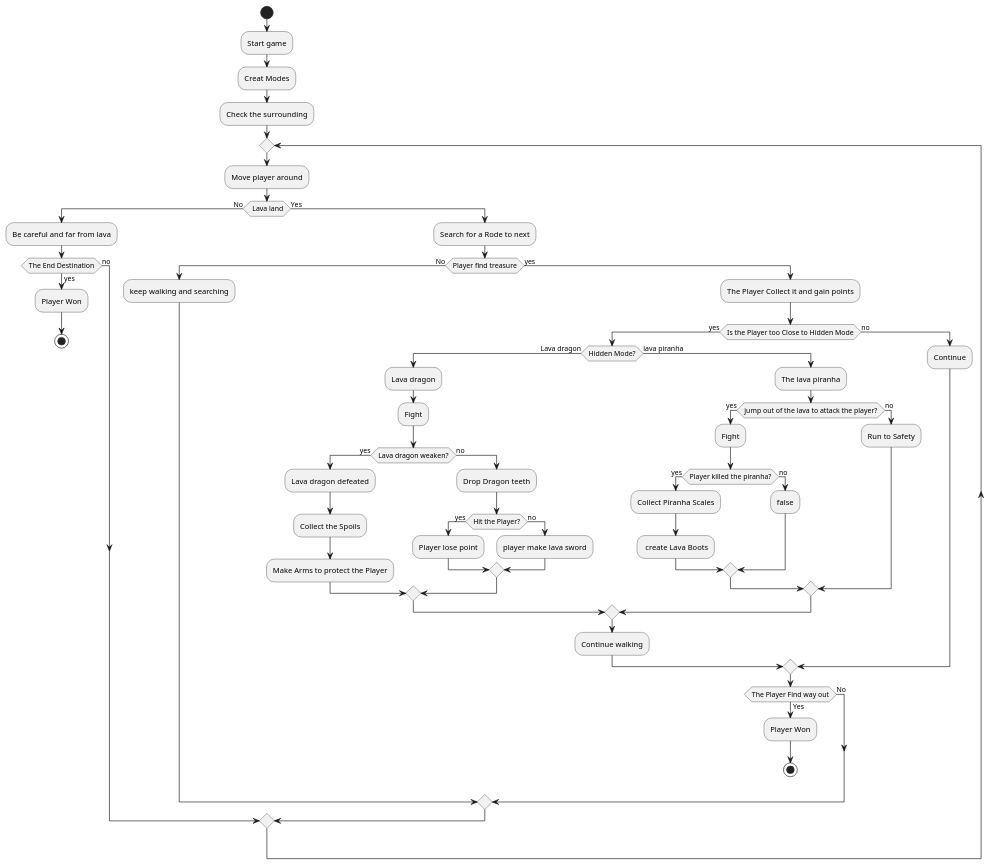
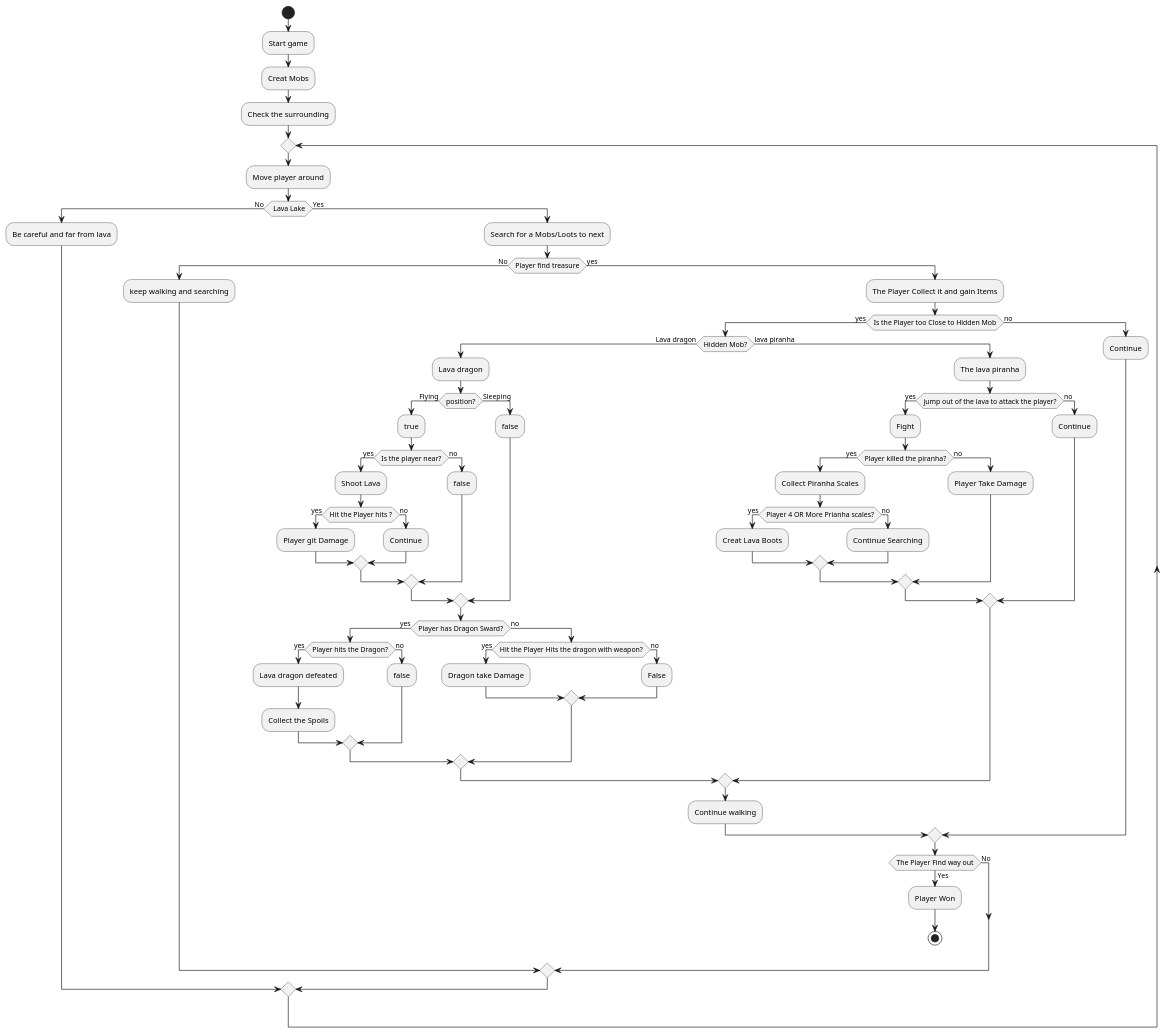
One commit to mirnama/OOAD-spring22 changed the diagram in Project5/lavaLake.puml. Above: the diagram before and after it, drawn with PlantUML. The commit also changed 1 other file, not shown here.

Commit message:
Activity Diagram done

```diff
--- a/Project5/lavaLake.puml
+++ b/Project5/lavaLake.puml
@@ -2,73 +2,92 @@
 @startuml
 'https://plantuml.com/activity-diagram-beta
 
 start
 :Start game;
-:Creat Modes;
+:Creat Mobs;
 :Check the surrounding;
 
 
 
 repeat
 :Move player around;
 ':Move Creatures to room;
-  if ( Lava land) is (No) then
+  if ( Lava Lake) is (No) then
     :Be careful and far from lava;
-    if (The End Destination) is (yes) then
-      :Player Won;
-      stop
-    else (no)
 
-    endif
   else (Yes)
-  :Search for a Rode to next;
+  :Search for a Mobs/Loots to next;
   if (Player find treasure) is (No) then
     :keep walking and searching;
   else (yes)
-    :The Player Collect it and gain points;
-    if (Is the Player too Close to Hidden Mode) is (yes) then
-    if (Hidden Mode?) is (Lava dragon) then
+    :The Player Collect it and gain Items;
+    if (Is the Player too Close to Hidden Mob) is (yes) then
+    if (Hidden Mob?) is (Lava dragon) then
       :Lava dragon;
-      :Fight;
+      if (position?) is (Flying) then
+        :true;
+        if (Is the player near?) is (yes) then
+          :Shoot Lava;
+          if (Hit the Player hits ?) is (yes) then
+            :Player git Damage;
+          else (no)
+            :Continue;
+          endif
+        else (no)
+          :false;
+        endif
+      else (Sleeping)
+        :false;
+      endif
+
 '      :Lava dragon weaken;
-      if (Lava dragon weaken?) is (yes) then
-        :Lava dragon defeated;
-        :Collect the Spoils;
-        :Make Arms to protect the Player;
+      if (Player has Dragon Sward?) is (yes) then
+        if (Player hits the Dragon?) is (yes) then
+          :Lava dragon defeated;
+          :Collect the Spoils;
+        else (no)
+          :false;
+        endif
+
+
+
       else (no)
-        :Drop Dragon teeth;
-        if (Hit the Player?) is (yes) then
-          :Player lose point;
+        if (Hit the Player Hits the dragon with weapon?) is (yes) then
+          :Dragon take Damage;
         else (no)
-          :player make lava sword;
+          :False;
         endif
 
       endif
     else (lava piranha)
       :The lava piranha;
       if (jump out of the lava to attack the player?) is (yes) then
         :Fight;
         if (Player killed the piranha?) is (yes) then
           :Collect Piranha Scales;
-          : create Lava Boots;
+          if (Player 4 OR More Prianha scales?) is (yes) then
+            :Creat Lava Boots;
+          else (no)
+            :Continue Searching;
+          endif
         else (no)
-          :false;
+          :Player Take Damage;
         endif
       else (no)
-        :Run to Safety;
+        :Continue;
       endif
     endif
       :Continue walking;
     else (no)
      :Continue;
     endif
 
 
 if (The Player Find way out) then (No)
 
   else (Yes)
   :Player Won;
   stop
 
 
 @enduml
```
